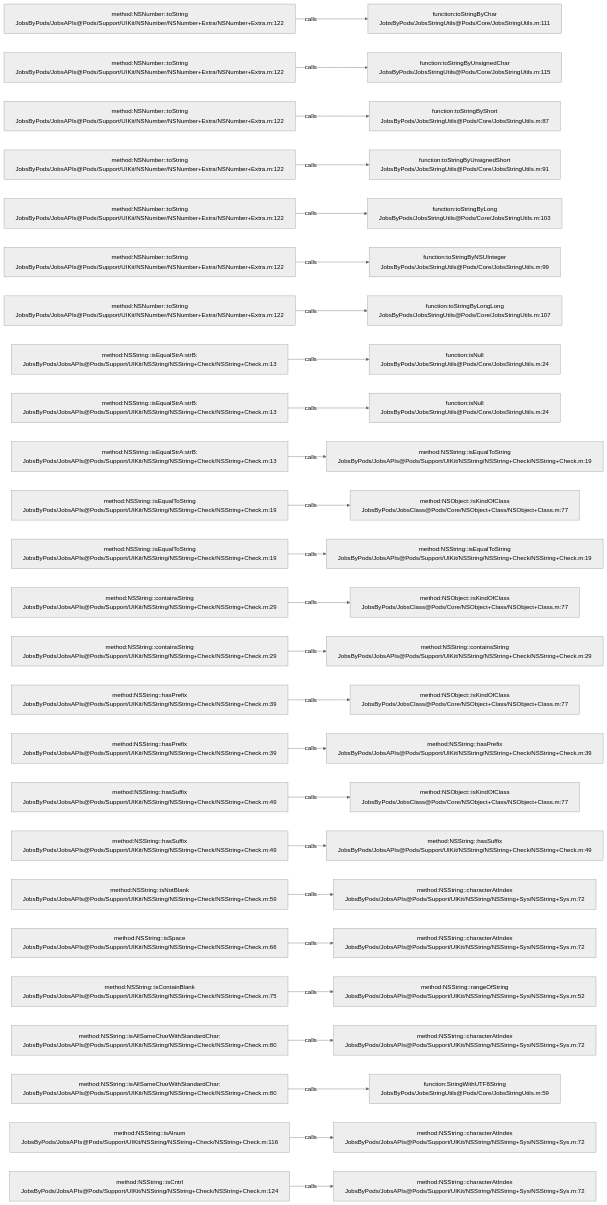
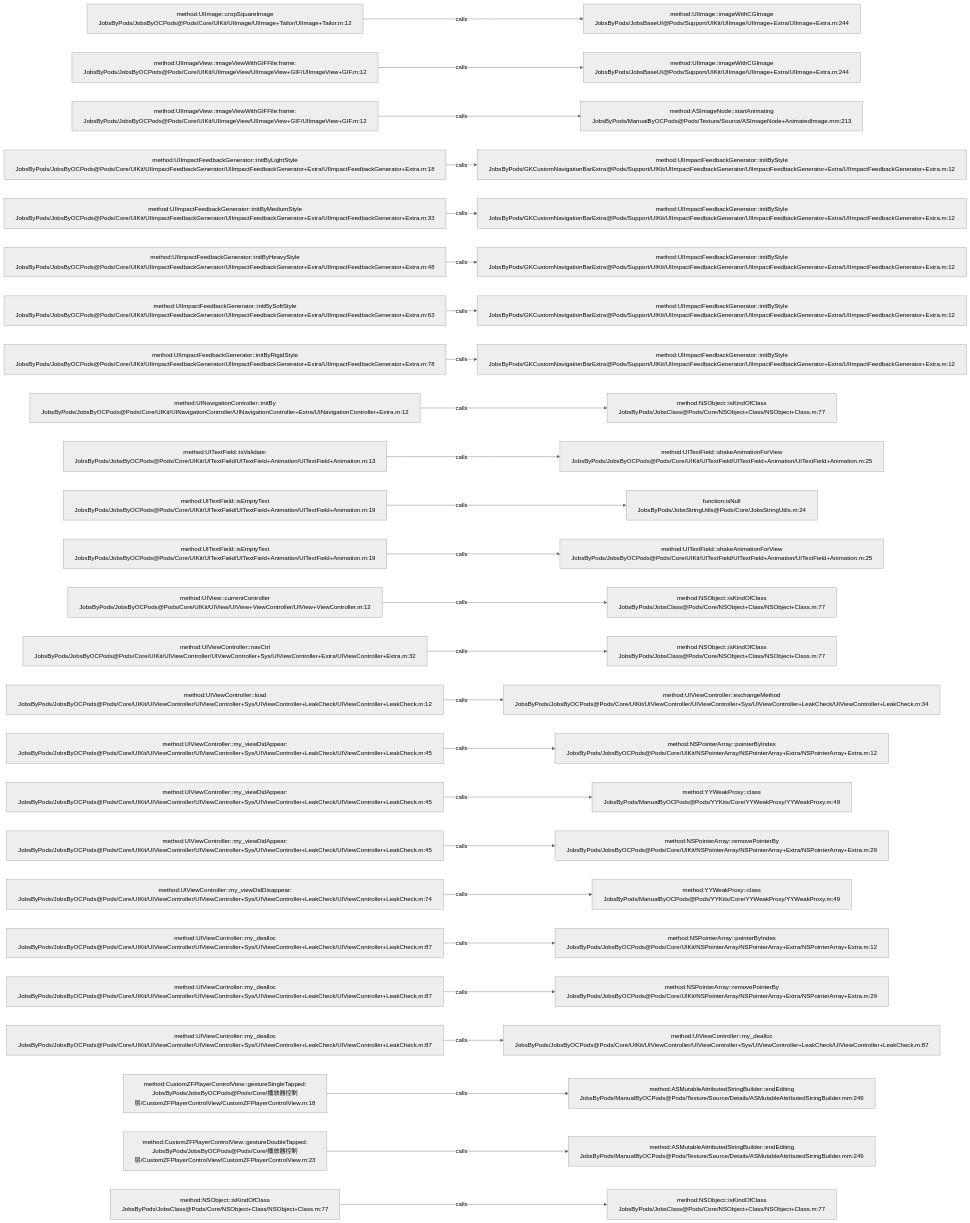
Before and after one commit to JobsKits/JobsOCBaseConfigDemo: the diagram in .codegraph/codegraph.md/graphs/calls-007.md, drawn with Mermaid (neutral theme). The commit also changed 2162 other files, not shown here.

````diff
--- a/.codegraph/codegraph.md/graphs/calls-007.md
+++ b/.codegraph/codegraph.md/graphs/calls-007.md
@@ -13,78 +13,78 @@
 ```mermaid
 flowchart LR
-  S1["method:NSNumber::toString<br/>JobsByPods/JobsAPIs@Pods/Support/UIKit/NSNumber/NSNumber+Extra/NSNumber+Extra.m:122"]
-  T1["function:toStringByChar<br/>JobsByPods/JobsStringUtils@Pods/Core/JobsStringUtils.m:111"]
+  S1["method:UIImage::cropSquareImage<br/>JobsByPods/JobsByOCPods@Pods/Core/UIKit/UIImage/UIImage+Tailor/UIImage+Tailor.m:12"]
+  T1["method:UIImage::imageWithCGImage<br/>JobsByPods/JobsBaseUI@Pods/Support/UIKit/UIImage/UIImage+Extra/UIImage+Extra.m:244"]
   S1 -->|calls| T1
-  S2["method:NSNumber::toString<br/>JobsByPods/JobsAPIs@Pods/Support/UIKit/NSNumber/NSNumber+Extra/NSNumber+Extra.m:122"]
-  T2["function:toStringByUnsignedChar<br/>JobsByPods/JobsStringUtils@Pods/Core/JobsStringUtils.m:115"]
+  S2["method:UIImageView::imageViewWithGIFFile:frame:<br/>JobsByPods/JobsByOCPods@Pods/Core/UIKit/UIImageView/UIImageView+GIF/UIImageView+GIF.m:12"]
+  T2["method:UIImage::imageWithCGImage<br/>JobsByPods/JobsBaseUI@Pods/Support/UIKit/UIImage/UIImage+Extra/UIImage+Extra.m:244"]
   S2 -->|calls| T2
-  S3["method:NSNumber::toString<br/>JobsByPods/JobsAPIs@Pods/Support/UIKit/NSNumber/NSNumber+Extra/NSNumber+Extra.m:122"]
-  T3["function:toStringByShort<br/>JobsByPods/JobsStringUtils@Pods/Core/JobsStringUtils.m:87"]
+  S3["method:UIImageView::imageViewWithGIFFile:frame:<br/>JobsByPods/JobsByOCPods@Pods/Core/UIKit/UIImageView/UIImageView+GIF/UIImageView+GIF.m:12"]
+  T3["method:ASImageNode::startAnimating<br/>JobsByPods/ManualByOCPods@Pods/Texture/Source/ASImageNode+AnimatedImage.mm:213"]
   S3 -->|calls| T3
-  S4["method:NSNumber::toString<br/>JobsByPods/JobsAPIs@Pods/Support/UIKit/NSNumber/NSNumber+Extra/NSNumber+Extra.m:122"]
-  T4["function:toStringByUnsignedShort<br/>JobsByPods/JobsStringUtils@Pods/Core/JobsStringUtils.m:91"]
+  S4["method:UIImpactFeedbackGenerator::initByLightStyle<br/>JobsByPods/JobsByOCPods@Pods/Core/UIKit/UIImpactFeedbackGenerator/UIImpactFeedbackGenerator+Extra/UIImpactFeedbackGenerator+Extra.m:18"]
+  T4["method:UIImpactFeedbackGenerator::initByStyle<br/>JobsByPods/GKCustomNavigationBarExtra@Pods/Support/UIKit/UIImpactFeedbackGenerator/UIImpactFeedbackGenerator+Extra/UIImpactFeedbackGenerator+Extra.m:12"]
   S4 -->|calls| T4
-  S5["method:NSNumber::toString<br/>JobsByPods/JobsAPIs@Pods/Support/UIKit/NSNumber/NSNumber+Extra/NSNumber+Extra.m:122"]
-  T5["function:toStringByLong<br/>JobsByPods/JobsStringUtils@Pods/Core/JobsStringUtils.m:103"]
+  S5["method:UIImpactFeedbackGenerator::initByMediumStyle<br/>JobsByPods/JobsByOCPods@Pods/Core/UIKit/UIImpactFeedbackGenerator/UIImpactFeedbackGenerator+Extra/UIImpactFeedbackGenerator+Extra.m:33"]
+  T5["method:UIImpactFeedbackGenerator::initByStyle<br/>JobsByPods/GKCustomNavigationBarExtra@Pods/Support/UIKit/UIImpactFeedbackGenerator/UIImpactFeedbackGenerator+Extra/UIImpactFeedbackGenerator+Extra.m:12"]
   S5 -->|calls| T5
-  S6["method:NSNumber::toString<br/>JobsByPods/JobsAPIs@Pods/Support/UIKit/NSNumber/NSNumber+Extra/NSNumber+Extra.m:122"]
-  T6["function:toStringByNSUInteger<br/>JobsByPods/JobsStringUtils@Pods/Core/JobsStringUtils.m:99"]
+  S6["method:UIImpactFeedbackGenerator::initByHeavyStyle<br/>JobsByPods/JobsByOCPods@Pods/Core/UIKit/UIImpactFeedbackGenerator/UIImpactFeedbackGenerator+Extra/UIImpactFeedbackGenerator+Extra.m:48"]
+  T6["method:UIImpactFeedbackGenerator::initByStyle<br/>JobsByPods/GKCustomNavigationBarExtra@Pods/Support/UIKit/UIImpactFeedbackGenerator/UIImpactFeedbackGenerator+Extra/UIImpactFeedbackGenerator+Extra.m:12"]
   S6 -->|calls| T6
-  S7["method:NSNumber::toString<br/>JobsByPods/JobsAPIs@Pods/Support/UIKit/NSNumber/NSNumber+Extra/NSNumber+Extra.m:122"]
-  T7["function:toStringByLongLong<br/>JobsByPods/JobsStringUtils@Pods/Core/JobsStringUtils.m:107"]
+  S7["method:UIImpactFeedbackGenerator::initBySoftStyle<br/>JobsByPods/JobsByOCPods@Pods/Core/UIKit/UIImpactFeedbackGenerator/UIImpactFeedbackGenerator+Extra/UIImpactFeedbackGenerator+Extra.m:63"]
+  T7["method:UIImpactFeedbackGenerator::initByStyle<br/>JobsByPods/GKCustomNavigationBarExtra@Pods/Support/UIKit/UIImpactFeedbackGenerator/UIImpactFeedbackGenerator+Extra/UIImpactFeedbackGenerator+Extra.m:12"]
   S7 -->|calls| T7
-  S8["method:NSString::isEqualStrA:strB:<br/>JobsByPods/JobsAPIs@Pods/Support/UIKit/NSString/NSString+Check/NSString+Check.m:13"]
-  T8["function:isNull<br/>JobsByPods/JobsStringUtils@Pods/Core/JobsStringUtils.m:24"]
+  S8["method:UIImpactFeedbackGenerator::initByRigidStyle<br/>JobsByPods/JobsByOCPods@Pods/Core/UIKit/UIImpactFeedbackGenerator/UIImpactFeedbackGenerator+Extra/UIImpactFeedbackGenerator+Extra.m:78"]
+  T8["method:UIImpactFeedbackGenerator::initByStyle<br/>JobsByPods/GKCustomNavigationBarExtra@Pods/Support/UIKit/UIImpactFeedbackGenerator/UIImpactFeedbackGenerator+Extra/UIImpactFeedbackGenerator+Extra.m:12"]
   S8 -->|calls| T8
-  S9["method:NSString::isEqualStrA:strB:<br/>JobsByPods/JobsAPIs@Pods/Support/UIKit/NSString/NSString+Check/NSString+Check.m:13"]
-  T9["function:isNull<br/>JobsByPods/JobsStringUtils@Pods/Core/JobsStringUtils.m:24"]
+  S9["method:UINavigationController::initBy<br/>JobsByPods/JobsByOCPods@Pods/Core/UIKit/UINavigationController/UINavigationController+Extra/UINavigationController+Extra.m:12"]
+  T9["method:NSObject::isKindOfClass<br/>JobsByPods/JobsClass@Pods/Core/NSObject+Class/NSObject+Class.m:77"]
   S9 -->|calls| T9
-  S10["method:NSString::isEqualStrA:strB:<br/>JobsByPods/JobsAPIs@Pods/Support/UIKit/NSString/NSString+Check/NSString+Check.m:13"]
-  T10["method:NSString::isEqualToString<br/>JobsByPods/JobsAPIs@Pods/Support/UIKit/NSString/NSString+Check/NSString+Check.m:19"]
+  S10["method:UITextField::isValidate:<br/>JobsByPods/JobsByOCPods@Pods/Core/UIKit/UITextField/UITextField+Animation/UITextField+Animation.m:13"]
+  T10["method:UITextField::shakeAnimationForView<br/>JobsByPods/JobsByOCPods@Pods/Core/UIKit/UITextField/UITextField+Animation/UITextField+Animation.m:25"]
   S10 -->|calls| T10
-  S11["method:NSString::isEqualToString<br/>JobsByPods/JobsAPIs@Pods/Support/UIKit/NSString/NSString+Check/NSString+Check.m:19"]
-  T11["method:NSObject::isKindOfClass<br/>JobsByPods/JobsClass@Pods/Core/NSObject+Class/NSObject+Class.m:77"]
+  S11["method:UITextField::isEmptyText<br/>JobsByPods/JobsByOCPods@Pods/Core/UIKit/UITextField/UITextField+Animation/UITextField+Animation.m:19"]
+  T11["function:isNull<br/>JobsByPods/JobsStringUtils@Pods/Core/JobsStringUtils.m:24"]
   S11 -->|calls| T11
-  S12["method:NSString::isEqualToString<br/>JobsByPods/JobsAPIs@Pods/Support/UIKit/NSString/NSString+Check/NSString+Check.m:19"]
-  T12["method:NSString::isEqualToString<br/>JobsByPods/JobsAPIs@Pods/Support/UIKit/NSString/NSString+Check/NSString+Check.m:19"]
+  S12["method:UITextField::isEmptyText<br/>JobsByPods/JobsByOCPods@Pods/Core/UIKit/UITextField/UITextField+Animation/UITextField+Animation.m:19"]
+  T12["method:UITextField::shakeAnimationForView<br/>JobsByPods/JobsByOCPods@Pods/Core/UIKit/UITextField/UITextField+Animation/UITextField+Animation.m:25"]
   S12 -->|calls| T12
-  S13["method:NSString::containsString<br/>JobsByPods/JobsAPIs@Pods/Support/UIKit/NSString/NSString+Check/NSString+Check.m:29"]
+  S13["method:UIView::currentController<br/>JobsByPods/JobsByOCPods@Pods/Core/UIKit/UIView/UIView+ViewController/UIView+ViewController.m:12"]
   T13["method:NSObject::isKindOfClass<br/>JobsByPods/JobsClass@Pods/Core/NSObject+Class/NSObject+Class.m:77"]
   S13 -->|calls| T13
-  S14["method:NSString::containsString<br/>JobsByPods/JobsAPIs@Pods/Support/UIKit/NSString/NSString+Check/NSString+Check.m:29"]
-  T14["method:NSString::containsString<br/>JobsByPods/JobsAPIs@Pods/Support/UIKit/NSString/NSString+Check/NSString+Check.m:29"]
+  S14["method:UIViewController::navCtrl<br/>JobsByPods/JobsByOCPods@Pods/Core/UIKit/UIViewController/UIViewController+Sys/UIViewController+Extra/UIViewController+Extra.m:32"]
+  T14["method:NSObject::isKindOfClass<br/>JobsByPods/JobsClass@Pods/Core/NSObject+Class/NSObject+Class.m:77"]
   S14 -->|calls| T14
-  S15["method:NSString::hasPrefix<br/>JobsByPods/JobsAPIs@Pods/Support/UIKit/NSString/NSString+Check/NSString+Check.m:39"]
-  T15["method:NSObject::isKindOfClass<br/>JobsByPods/JobsClass@Pods/Core/NSObject+Class/NSObject+Class.m:77"]
+  S15["method:UIViewController::load<br/>JobsByPods/JobsByOCPods@Pods/Core/UIKit/UIViewController/UIViewController+Sys/UIViewController+LeakCheck/UIViewController+LeakCheck.m:12"]
+  T15["method:UIViewController::exchangeMethod<br/>JobsByPods/JobsByOCPods@Pods/Core/UIKit/UIViewController/UIViewController+Sys/UIViewController+LeakCheck/UIViewController+LeakCheck.m:34"]
   S15 -->|calls| T15
-  S16["method:NSString::hasPrefix<br/>JobsByPods/JobsAPIs@Pods/Support/UIKit/NSString/NSString+Check/NSString+Check.m:39"]
-  T16["method:NSString::hasPrefix<br/>JobsByPods/JobsAPIs@Pods/Support/UIKit/NSString/NSString+Check/NSString+Check.m:39"]
+  S16["method:UIViewController::my_viewDidAppear:<br/>JobsByPods/JobsByOCPods@Pods/Core/UIKit/UIViewController/UIViewController+Sys/UIViewController+LeakCheck/UIViewController+LeakCheck.m:45"]
+  T16["method:NSPointerArray::pointerByIndex<br/>JobsByPods/JobsByOCPods@Pods/Core/UIKit/NSPointerArray/NSPointerArray+Extra/NSPointerArray+Extra.m:12"]
   S16 -->|calls| T16
-  S17["method:NSString::hasSuffix<br/>JobsByPods/JobsAPIs@Pods/Support/UIKit/NSString/NSString+Check/NSString+Check.m:49"]
-  T17["method:NSObject::isKindOfClass<br/>JobsByPods/JobsClass@Pods/Core/NSObject+Class/NSObject+Class.m:77"]
+  S17["method:UIViewController::my_viewDidAppear:<br/>JobsByPods/JobsByOCPods@Pods/Core/UIKit/UIViewController/UIViewController+Sys/UIViewController+LeakCheck/UIViewController+LeakCheck.m:45"]
+  T17["method:YYWeakProxy::class<br/>JobsByPods/ManualByOCPods@Pods/YYKits/Core/YYWeakProxy/YYWeakProxy.m:49"]
   S17 -->|calls| T17
-  S18["method:NSString::hasSuffix<br/>JobsByPods/JobsAPIs@Pods/Support/UIKit/NSString/NSString+Check/NSString+Check.m:49"]
-  T18["method:NSString::hasSuffix<br/>JobsByPods/JobsAPIs@Pods/Support/UIKit/NSString/NSString+Check/NSString+Check.m:49"]
+  S18["method:UIViewController::my_viewDidAppear:<br/>JobsByPods/JobsByOCPods@Pods/Core/UIKit/UIViewController/UIViewController+Sys/UIViewController+LeakCheck/UIViewController+LeakCheck.m:45"]
+  T18["method:NSPointerArray::removePointerBy<br/>JobsByPods/JobsByOCPods@Pods/Core/UIKit/NSPointerArray/NSPointerArray+Extra/NSPointerArray+Extra.m:29"]
   S18 -->|calls| T18
-  S19["method:NSString::isNotBlank<br/>JobsByPods/JobsAPIs@Pods/Support/UIKit/NSString/NSString+Check/NSString+Check.m:59"]
-  T19["method:NSString::characterAtIndex<br/>JobsByPods/JobsAPIs@Pods/Support/UIKit/NSString/NSString+Sys/NSString+Sys.m:72"]
+  S19["method:UIViewController::my_viewDidDisappear:<br/>JobsByPods/JobsByOCPods@Pods/Core/UIKit/UIViewController/UIViewController+Sys/UIViewController+LeakCheck/UIViewController+LeakCheck.m:74"]
+  T19["method:YYWeakProxy::class<br/>JobsByPods/ManualByOCPods@Pods/YYKits/Core/YYWeakProxy/YYWeakProxy.m:49"]
   S19 -->|calls| T19
-  S20["method:NSString::isSpace<br/>JobsByPods/JobsAPIs@Pods/Support/UIKit/NSString/NSString+Check/NSString+Check.m:66"]
-  T20["method:NSString::characterAtIndex<br/>JobsByPods/JobsAPIs@Pods/Support/UIKit/NSString/NSString+Sys/NSString+Sys.m:72"]
+  S20["method:UIViewController::my_dealloc<br/>JobsByPods/JobsByOCPods@Pods/Core/UIKit/UIViewController/UIViewController+Sys/UIViewController+LeakCheck/UIViewController+LeakCheck.m:87"]
+  T20["method:NSPointerArray::pointerByIndex<br/>JobsByPods/JobsByOCPods@Pods/Core/UIKit/NSPointerArray/NSPointerArray+Extra/NSPointerArray+Extra.m:12"]
   S20 -->|calls| T20
-  S21["method:NSString::isContainBlank<br/>JobsByPods/JobsAPIs@Pods/Support/UIKit/NSString/NSString+Check/NSString+Check.m:75"]
-  T21["method:NSString::rangeOfString<br/>JobsByPods/JobsAPIs@Pods/Support/UIKit/NSString/NSString+Sys/NSString+Sys.m:52"]
+  S21["method:UIViewController::my_dealloc<br/>JobsByPods/JobsByOCPods@Pods/Core/UIKit/UIViewController/UIViewController+Sys/UIViewController+LeakCheck/UIViewController+LeakCheck.m:87"]
+  T21["method:NSPointerArray::removePointerBy<br/>JobsByPods/JobsByOCPods@Pods/Core/UIKit/NSPointerArray/NSPointerArray+Extra/NSPointerArray+Extra.m:29"]
   S21 -->|calls| T21
-  S22["method:NSString::isAllSameCharWithStandardChar:<br/>JobsByPods/JobsAPIs@Pods/Support/UIKit/NSString/NSString+Check/NSString+Check.m:80"]
-  T22["method:NSString::characterAtIndex<br/>JobsByPods/JobsAPIs@Pods/Support/UIKit/NSString/NSString+Sys/NSString+Sys.m:72"]
+  S22["method:UIViewController::my_dealloc<br/>JobsByPods/JobsByOCPods@Pods/Core/UIKit/UIViewController/UIViewController+Sys/UIViewController+LeakCheck/UIViewController+LeakCheck.m:87"]
+  T22["method:UIViewController::my_dealloc<br/>JobsByPods/JobsByOCPods@Pods/Core/UIKit/UIViewController/UIViewController+Sys/UIViewController+LeakCheck/UIViewController+LeakCheck.m:87"]
   S22 -->|calls| T22
-  S23["method:NSString::isAllSameCharWithStandardChar:<br/>JobsByPods/JobsAPIs@Pods/Support/UIKit/NSString/NSString+Check/NSString+Check.m:80"]
-  T23["function:StringWithUTF8String<br/>JobsByPods/JobsStringUtils@Pods/Core/JobsStringUtils.m:59"]
+  S23["method:CustomZFPlayerControlView::gestureSingleTapped:<br/>JobsByPods/JobsByOCPods@Pods/Core/播放器控制层/CustomZFPlayerControlView/CustomZFPlayerControlView.m:18"]
+  T23["method:ASMutableAttributedStringBuilder::endEditing<br/>JobsByPods/ManualByOCPods@Pods/Texture/Source/Details/ASMutableAttributedStringBuilder.mm:249"]
   S23 -->|calls| T23
-  S24["method:NSString::isAlnum<br/>JobsByPods/JobsAPIs@Pods/Support/UIKit/NSString/NSString+Check/NSString+Check.m:116"]
-  T24["method:NSString::characterAtIndex<br/>JobsByPods/JobsAPIs@Pods/Support/UIKit/NSString/NSString+Sys/NSString+Sys.m:72"]
+  S24["method:CustomZFPlayerControlView::gestureDoubleTapped:<br/>JobsByPods/JobsByOCPods@Pods/Core/播放器控制层/CustomZFPlayerControlView/CustomZFPlayerControlView.m:23"]
+  T24["method:ASMutableAttributedStringBuilder::endEditing<br/>JobsByPods/ManualByOCPods@Pods/Texture/Source/Details/ASMutableAttributedStringBuilder.mm:249"]
   S24 -->|calls| T24
-  S25["method:NSString::isCntrl<br/>JobsByPods/JobsAPIs@Pods/Support/UIKit/NSString/NSString+Check/NSString+Check.m:124"]
-  T25["method:NSString::characterAtIndex<br/>JobsByPods/JobsAPIs@Pods/Support/UIKit/NSString/NSString+Sys/NSString+Sys.m:72"]
+  S25["method:NSObject::isKindOfClass<br/>JobsByPods/JobsClass@Pods/Core/NSObject+Class/NSObject+Class.m:77"]
+  T25["method:NSObject::isKindOfClass<br/>JobsByPods/JobsClass@Pods/Core/NSObject+Class/NSObject+Class.m:77"]
   S25 -->|calls| T25
 ```
````
